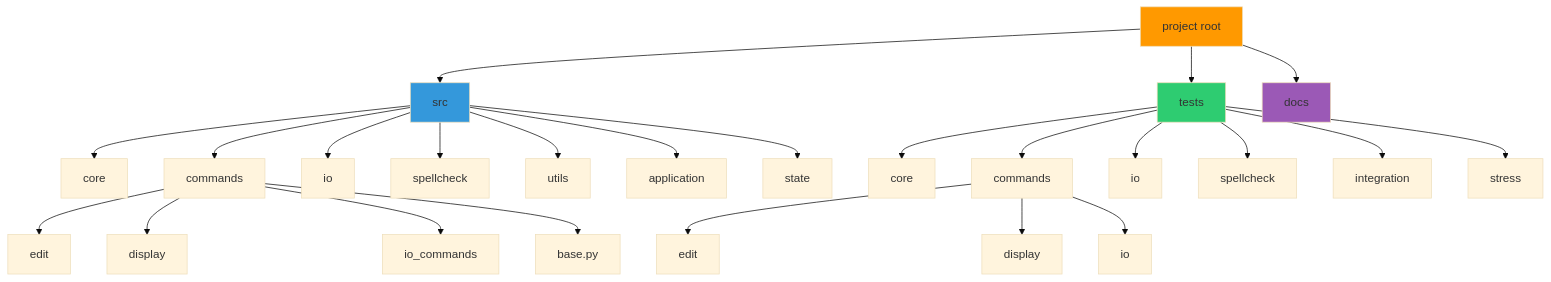
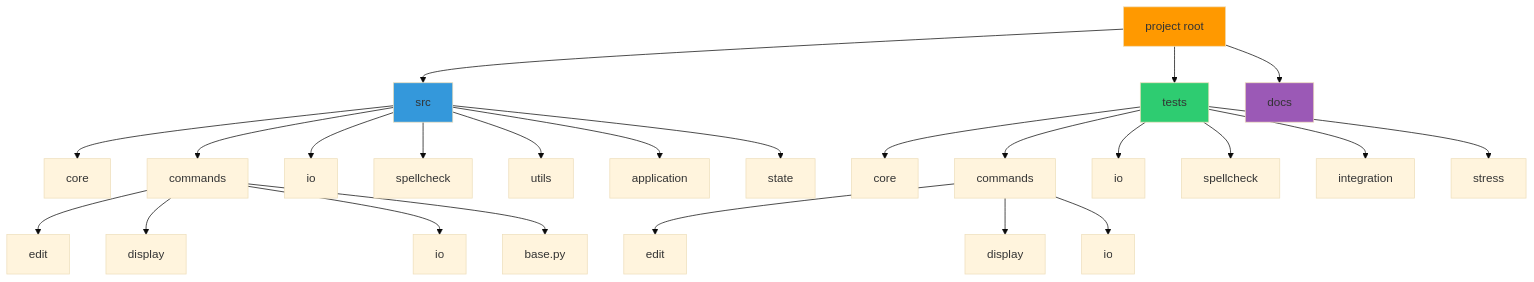
The eighth of 8 diagrams in docs/complete_project_diagram.md (KiritoFD/OOP_lab1), drawn with Mermaid (base theme) before and after one commit. The commit also changed 74 other files, not shown here.

````diff
--- a/docs/complete_project_diagram.md
+++ b/docs/complete_project_diagram.md
@@ -434,56 +434,56 @@
 ```mermaid
 graph TB
     Root["project root"]
     
     Src["src"]
     Core["core"]
     Commands["commands"]
     IO["io"]
     SpellCheck["spellcheck"]
     Utils["utils"]
     App["application"]
     State["state"]
     
     Tests["tests"]
     CoreTests["core"]
     CommandTests["commands"]
     IOTests["io"]
     SpellcheckTests["spellcheck"]
     IntegrationTests["integration"]
     StressTests["stress"]
     
     Docs["docs"]
     
     Root --> Src
     Root --> Tests
     Root --> Docs
     
     Src --> Core
     Src --> Commands
     Src --> IO
     Src --> SpellCheck
     Src --> Utils
     Src --> App
     Src --> State
     
     Commands --> EditCommands["edit"]
     Commands --> DisplayCommands["display"]
-    Commands --> IOCommands["io_commands"]
+    Commands --> IOCommands["io"]
     Commands --> CommandBase["base.py"]
     
     Tests --> CoreTests
     Tests --> CommandTests
     Tests --> IOTests
     Tests --> SpellcheckTests
     Tests --> IntegrationTests
     Tests --> StressTests
     
     CommandTests --> EditTests["edit"]
     CommandTests --> DisplayTests["display"]
     CommandTests --> IOCmdTests["io"]
     
     style Root fill:#ff9900
     style Src fill:#3498db
     style Tests fill:#2ecc71
     style Docs fill:#9b59b6
 ```
````
